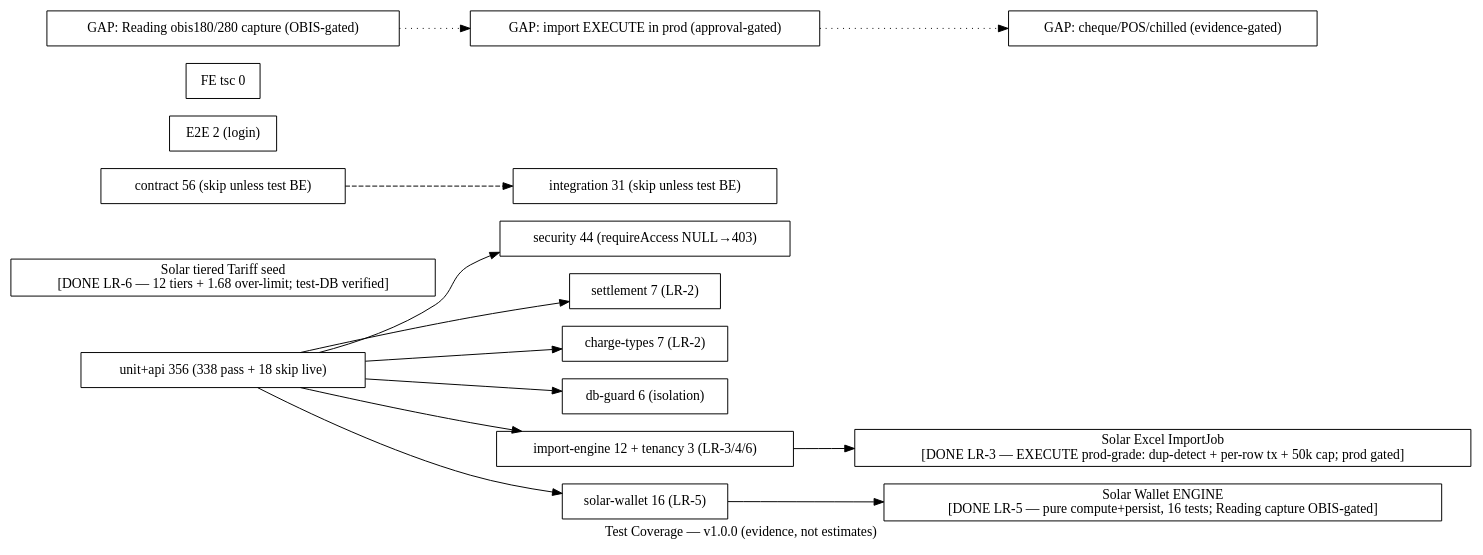
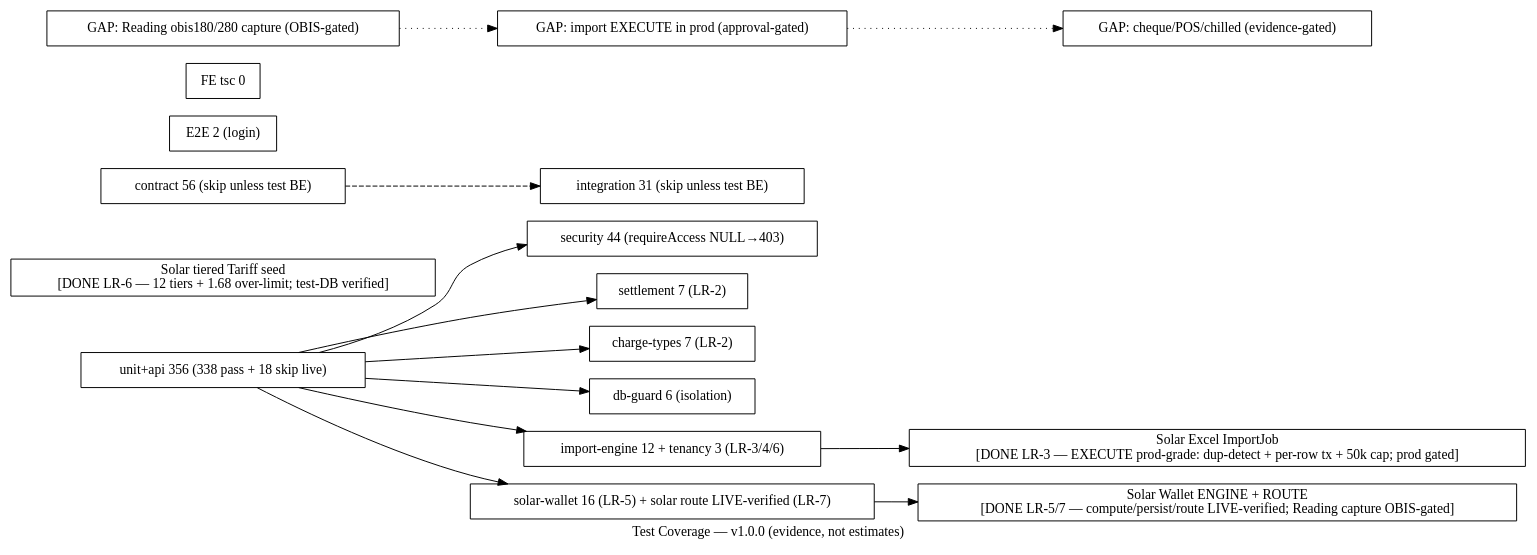
One commit to Kirllos360/MeterVerse changed the diagram in docs/architecture/graph/TEST-COVERAGE.dot. Above: the diagram before and after it, drawn with Graphviz. The commit also changed 8 other files, not shown here.

```diff
--- a/docs/architecture/graph/TEST-COVERAGE.dot
+++ b/docs/architecture/graph/TEST-COVERAGE.dot
@@ -1,41 +1,41 @@
 // TEST-COVERAGE graph — P59-C/LR-2A v1.0.0
 // Evidence-based: unit+api 325 total (307 pass + 18 skip), contract 56 skip,
 // integration 31 skip, FE tsc 0. Tenancy + security live-proven.
 digraph TestCov {
   rankdir=LR;
   label="Test Coverage — v1.0.0 (evidence, not estimates)";
 
   node [shape=box fillcolor="#d1f5d3"];
   UNIT [label="unit+api 356 (338 pass + 18 skip live)"];
   T_SEC [label="security 44 (requireAccess NULL→403)"];
   T_SETTLE [label="settlement 7 (LR-2)"];
   T_CHARGE [label="charge-types 7 (LR-2)"];
   T_DBGUARD [label="db-guard 6 (isolation)"];
   T_IMPORT [label="import-engine 12 + tenancy 3 (LR-3/4/6)"];
-  T_SOLAR [label="solar-wallet 16 (LR-5)"];
+  T_SOLAR [label="solar-wallet 16 (LR-5) + solar route LIVE-verified (LR-7)"];
   IMPORT_DONE [label="Solar Excel ImportJob\n[DONE LR-3 — EXECUTE prod-grade: dup-detect + per-row tx + 50k cap; prod gated]" fillcolor="#fef7e0"];
-  SOLAR_DONE [label="Solar Wallet ENGINE\n[DONE LR-5 — pure compute+persist, 16 tests; Reading capture OBIS-gated]" fillcolor="#fef7e0"];
+  SOLAR_DONE [label="Solar Wallet ENGINE + ROUTE\n[DONE LR-5/7 — compute/persist/route LIVE-verified; Reading capture OBIS-gated]" fillcolor="#fef7e0"];
   TARIFF_SEED [label="Solar tiered Tariff seed\n[DONE LR-6 — 12 tiers + 1.68 over-limit; test-DB verified]" fillcolor="#fef7e0"];
 
   node [shape=box fillcolor="#fef7e0"];
   CONTRACT [label="contract 56 (skip unless test BE)"];
   INTEG [label="integration 31 (skip unless test BE)"];
   E2E [label="E2E 2 (login)"];
   TSC [label="FE tsc 0"];
 
   node [shape=box fillcolor="#fff1f0"];
   GAP1 [label="GAP: Reading obis180/280 capture (OBIS-gated)"];
   GAP2 [label="GAP: import EXECUTE in prod (approval-gated)"];
   GAP3 [label="GAP: cheque/POS/chilled (evidence-gated)"];
 
   UNIT -> T_SEC;
   UNIT -> T_SETTLE;
   UNIT -> T_CHARGE;
   UNIT -> T_DBGUARD;
   UNIT -> T_IMPORT;
   UNIT -> T_SOLAR;
   T_IMPORT -> IMPORT_DONE;
   T_SOLAR -> SOLAR_DONE;
   CONTRACT -> INTEG [style=dashed];
   GAP1 -> GAP2 -> GAP3 [style=dotted];
 }
```
